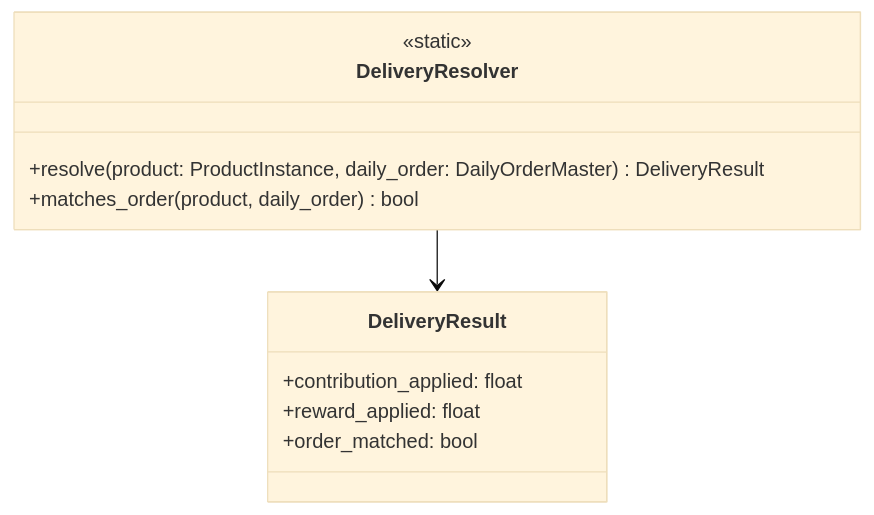
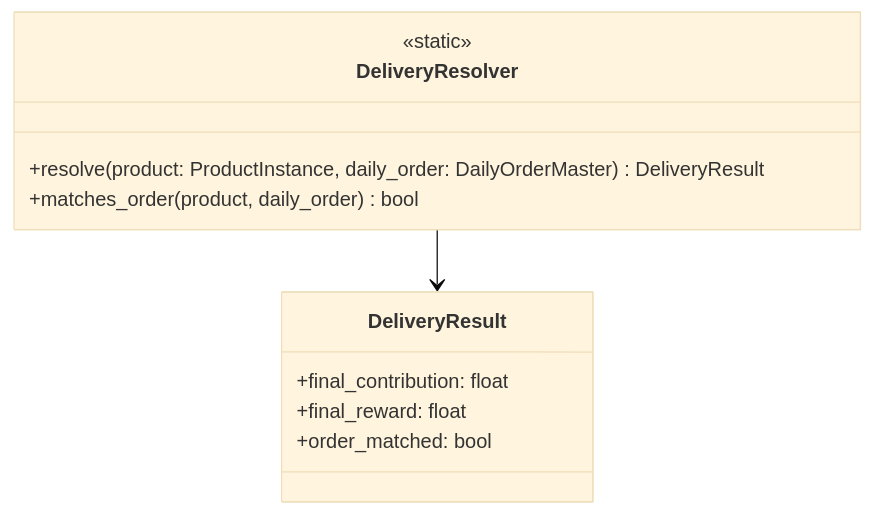
The third of 6 diagrams in docs/design/atelier-alchemy-core/core-systems.md (yaguma/alchemy-atelier), drawn with Mermaid (base theme) before and after one commit. The commit also changed other lines of this file and 12 other files, not shown here.

````diff
--- a/docs/design/atelier-alchemy-core/core-systems.md
+++ b/docs/design/atelier-alchemy-core/core-systems.md
@@ -163,15 +180,15 @@
 ```mermaid
 classDiagram
     class DeliveryResolver {
         <<static>>
         +resolve(product: ProductInstance, daily_order: DailyOrderMaster) DeliveryResult
         +matches_order(product, daily_order) bool
     }
     class DeliveryResult {
-        +contribution_applied: float
-        +reward_applied: float
+        +final_contribution: float
+        +final_reward: float
         +order_matched: bool
     }
 
     DeliveryResolver --> DeliveryResult
 ```
````
